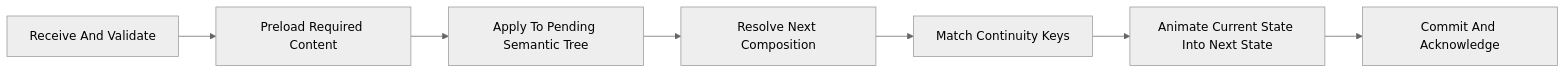
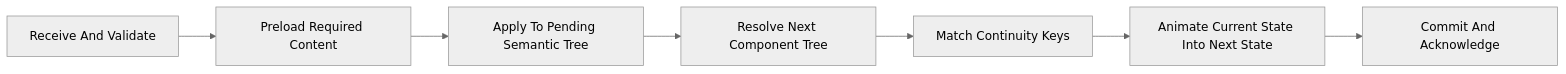
One commit to mosaic-media/mosaic-architecture changed the fourth of 18 diagrams in docs/design/system/mds-008-component-library/09-runtime-rendering.md. Above: the diagram before and after it, drawn with Mermaid (neutral theme). The commit also changed other lines of this file and 168 other files, not shown here.

Commit message:
docs: introduce roadmap and deferred proposal structure

````diff
--- a/docs/design/system/mds-008-component-library/09-runtime-rendering.md
+++ b/docs/design/system/mds-008-component-library/09-runtime-rendering.md
@@ -251,18 +279,18 @@
 ```mermaid
 flowchart LR
 
 N1["Receive And Validate"]
 N2["Preload Required Content"]
 N3["Apply To Pending Semantic Tree"]
-N4["Resolve Next Composition"]
+N4["Resolve Next Component Tree"]
 N5["Match Continuity Keys"]
 N6["Animate Current State Into Next State"]
 N7["Commit And Acknowledge"]
 
 N1 --> N2
 N2 --> N3
 N3 --> N4
 N4 --> N5
 N5 --> N6
 N6 --> N7
 ```
````
